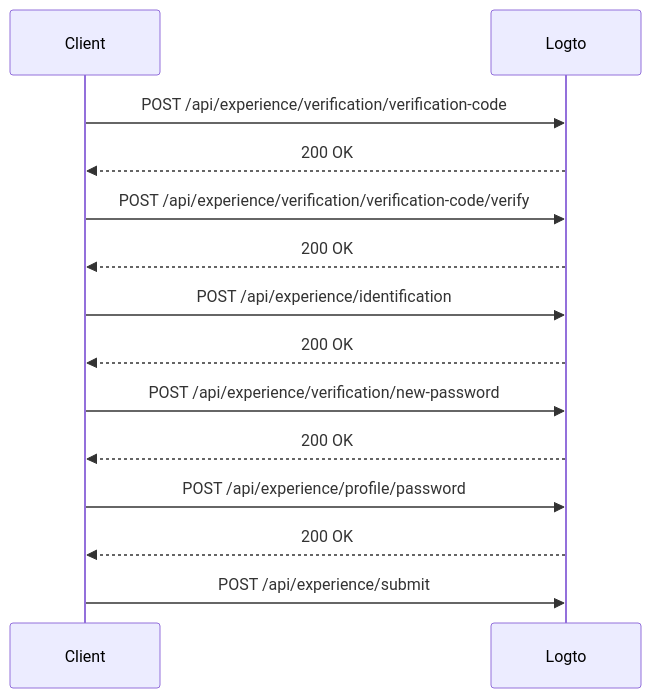
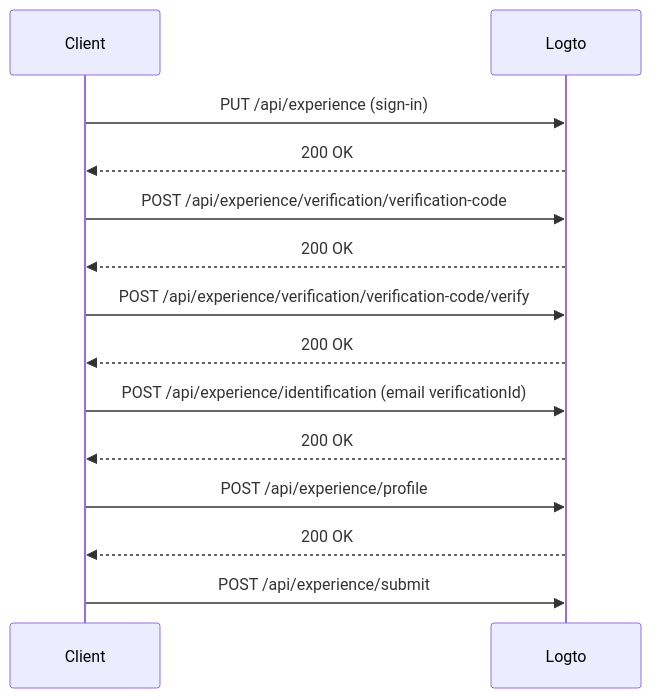
Before and after one commit to logto-io/rfcs: the eighth of 22 diagrams in draft/0004-experience-api.md, drawn with Mermaid. The commit also changed other lines of this file, not shown here.

First line of the commit message:
refactor: update experience API rfc

````diff
--- a/draft/0004-experience-api.md
+++ b/draft/0004-experience-api.md
@@ -676,17 +706,17 @@
 ```mermaid
 sequenceDiagram
     participant C as Client
     participant L as Logto
 
+    C->>L: PUT /api/experience (sign-in)
+    L-->>C: 200 OK
     C->>L: POST /api/experience/verification/verification-code
     L-->>C: 200 OK
     C->>L: POST /api/experience/verification/verification-code/verify
     L-->>C: 200 OK
-    C->>L: POST /api/experience/identification
+    C->>L: POST /api/experience/identification (email verificationId)
     L-->>C: 200 OK
-    C->>L: POST /api/experience/verification/new-password
-    L-->>C: 200 OK
-    C->>L: POST /api/experience/profile/password
+    C->>L: POST /api/experience/profile
     L-->>C: 200 OK
     C->>L: POST /api/experience/submit
 ```
````
